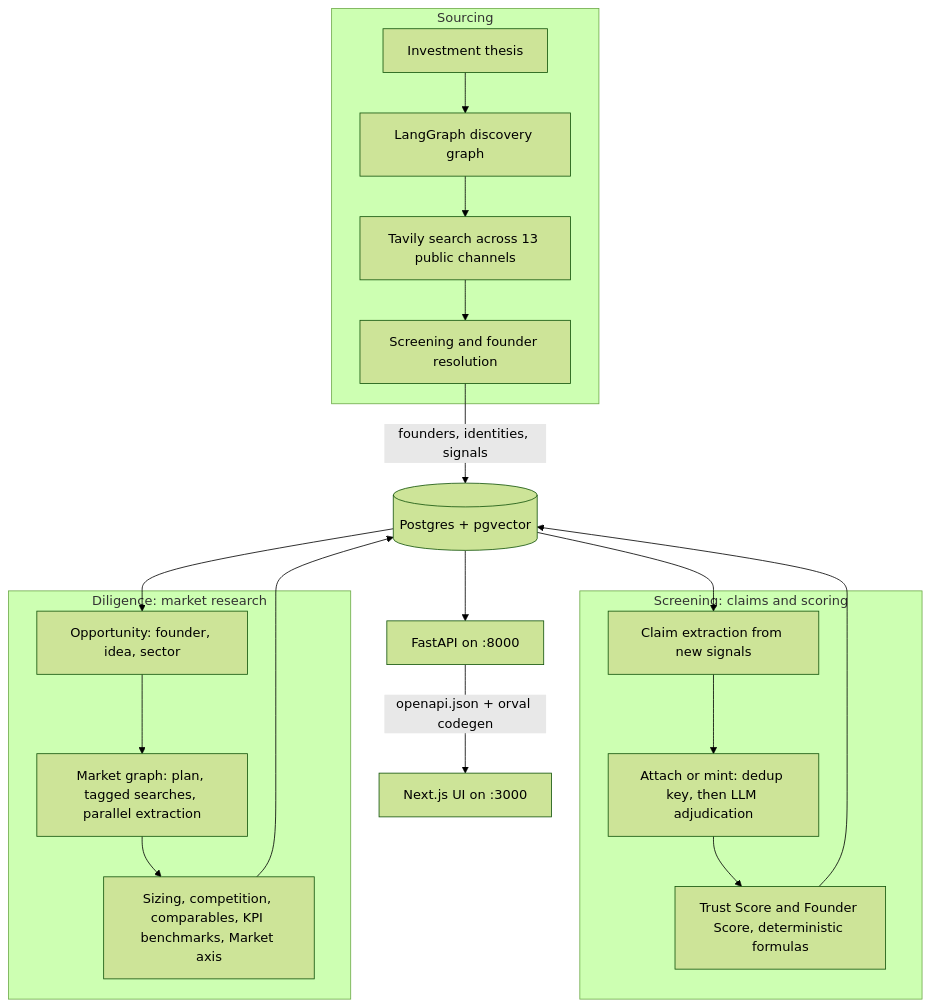
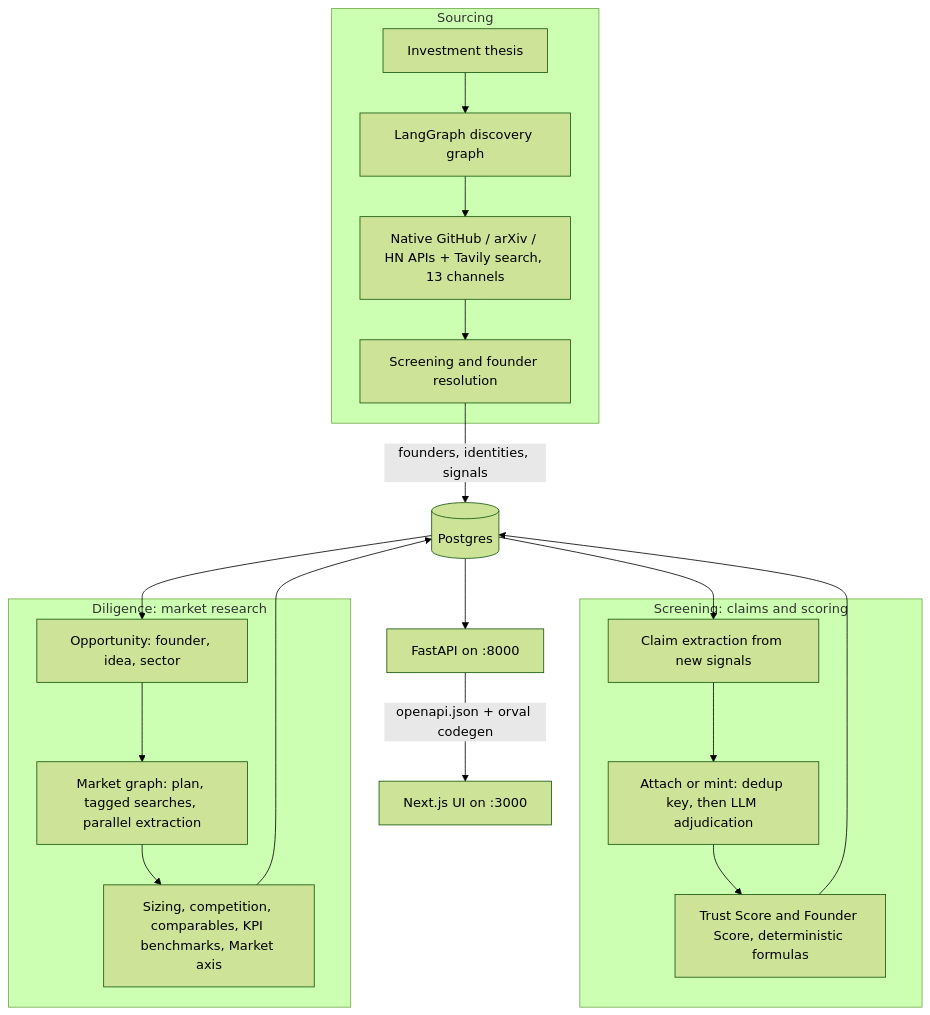
Before and after one commit to My-Hackathon-Projects/ArgOS: the diagram in README.md, drawn with Mermaid (forest theme). The commit also changed other lines of this file and 8 other files, not shown here.

````diff
--- a/README.md
+++ b/README.md
@@ -18,26 +18,26 @@
 ```mermaid
 flowchart TD
     subgraph SRC[Sourcing]
         T[Investment thesis] --> G[LangGraph discovery graph]
-        G --> W[Tavily search across 13 public channels]
+        G --> W[Native GitHub / arXiv / HN APIs + Tavily search, 13 channels]
         W --> R[Screening and founder resolution]
     end
-    R -->|founders, identities, signals| DB[(Postgres + pgvector)]
+    R -->|founders, identities, signals| DB[(Postgres)]
 
     subgraph CLM[Screening: claims and scoring]
         X[Claim extraction from new signals] --> M[Attach or mint: dedup key, then LLM adjudication]
         M --> S[Trust Score and Founder Score, deterministic formulas]
     end
     DB --> X
     S --> DB
 
     subgraph MKT[Diligence: market research]
         O[Opportunity: founder, idea, sector] --> P[Market graph: plan, tagged searches, parallel extraction]
         P --> Y[Sizing, competition, comparables, KPI benchmarks, Market axis]
     end
     DB --> O
     Y --> DB
 
     DB --> API[FastAPI on :8000]
     API -->|openapi.json + orval codegen| UI[Next.js UI on :3000]
 ```
````
